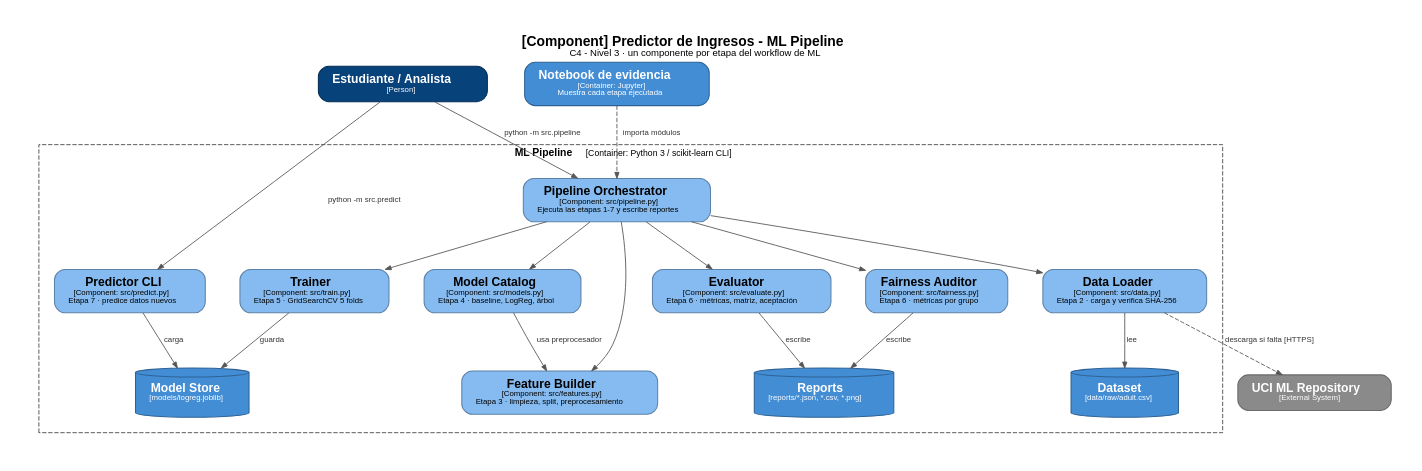
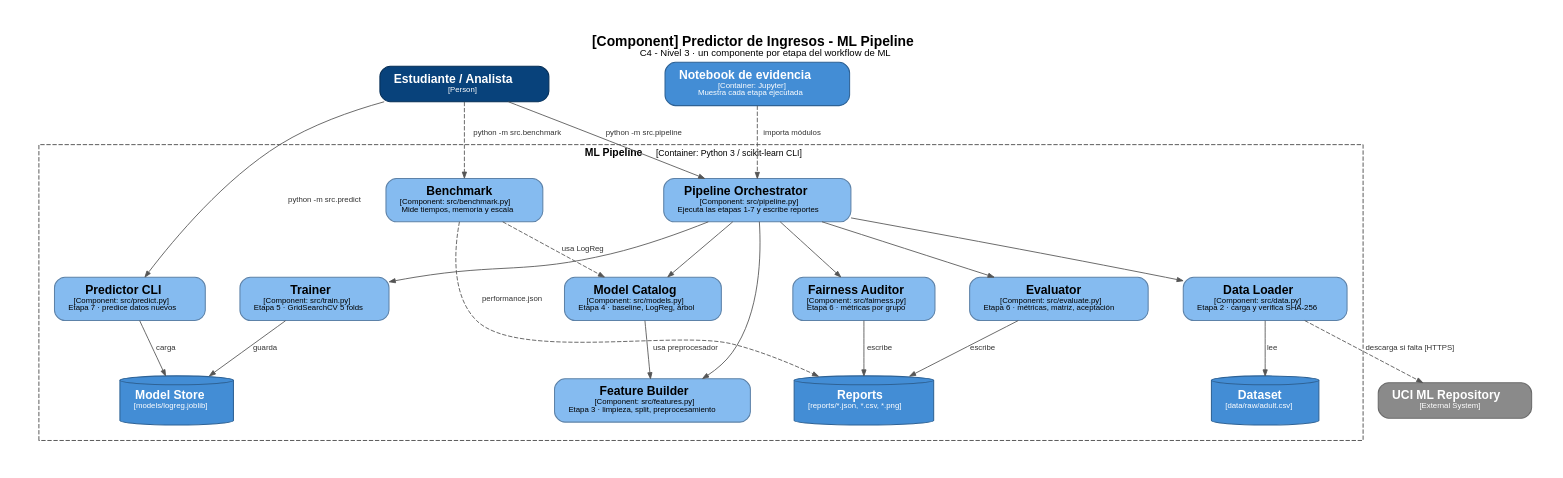
Before and after one commit to santnier92/proyectoFinal_predictorIngresos: the diagram in docs/diagramas/c4-componentes.dot, drawn with Graphviz. The commit also changed 1 other file, not shown here.

Commit message:
docs(c4): add benchmark component to the component diagram

```diff
--- a/docs/diagramas/c4-componentes.dot
+++ b/docs/diagramas/c4-componentes.dot
@@ -1,51 +1,55 @@
 // C4 model - Level 3: Component diagram of the "ML Pipeline" container.
 // Render: dot -Tpng -Gdpi=130 c4-componentes.dot -o c4-componentes.png
 digraph C4Component {
     graph [rankdir=TB, fontname="Helvetica", fontsize=16, labelloc=t, nodesep=0.55, ranksep=0.75, pad=0.4, compound=true,
            label=<<b>[Component] Predictor de Ingresos - ML Pipeline</b><br/><font point-size="11">C4 - Nivel 3 · un componente por etapa del workflow de ML</font>>];
     node  [shape=box, style="rounded,filled", fontname="Helvetica", fontcolor=white, penwidth=1.2, margin="0.22,0.12"];
     edge  [fontname="Helvetica", fontsize=9, color="#555555", fontcolor="#333333", arrowsize=0.7];
 
     analista [fillcolor="#08427b", color="#052e56", label=<<b>Estudiante / Analista</b><br/><font point-size="9">[Person]</font>>];
     notebook [fillcolor="#438dd5", color="#2e6295", label=<<b>Notebook de evidencia</b><br/><font point-size="9">[Container: Jupyter]</font><br/><font point-size="9">Muestra cada etapa ejecutada</font>>];
     uci      [fillcolor="#8a8a8a", color="#6b6b6b", label=<<b>UCI ML Repository</b><br/><font point-size="9">[External System]</font>>];
 
     subgraph cluster_pipeline {
         label=<<b>ML Pipeline</b> <font point-size="10">[Container: Python 3 / scikit-learn CLI]</font>>;
         style="dashed"; color="#444444"; fontname="Helvetica"; fontsize=12; margin=18;
         node [fillcolor="#85bbf0", color="#5d82a8", fontcolor="#000000"];
 
         orchestrator [label=<<b>Pipeline Orchestrator</b><br/><font point-size="9">[Component: src/pipeline.py]</font><br/><font point-size="9">Ejecuta las etapas 1-7 y escribe reportes</font>>];
         loader   [label=<<b>Data Loader</b><br/><font point-size="9">[Component: src/data.py]</font><br/><font point-size="9">Etapa 2 · carga y verifica SHA-256</font>>];
         features [label=<<b>Feature Builder</b><br/><font point-size="9">[Component: src/features.py]</font><br/><font point-size="9">Etapa 3 · limpieza, split, preprocesamiento</font>>];
         catalog  [label=<<b>Model Catalog</b><br/><font point-size="9">[Component: src/models.py]</font><br/><font point-size="9">Etapa 4 · baseline, LogReg, árbol</font>>];
         trainer  [label=<<b>Trainer</b><br/><font point-size="9">[Component: src/train.py]</font><br/><font point-size="9">Etapa 5 · GridSearchCV 5 folds</font>>];
         evaluator[label=<<b>Evaluator</b><br/><font point-size="9">[Component: src/evaluate.py]</font><br/><font point-size="9">Etapa 6 · métricas, matriz, aceptación</font>>];
         auditor  [label=<<b>Fairness Auditor</b><br/><font point-size="9">[Component: src/fairness.py]</font><br/><font point-size="9">Etapa 6 · métricas por grupo</font>>];
+        bench    [label=<<b>Benchmark</b><br/><font point-size="9">[Component: src/benchmark.py]</font><br/><font point-size="9">Mide tiempos, memoria y escala</font>>];
         predictor[label=<<b>Predictor CLI</b><br/><font point-size="9">[Component: src/predict.py]</font><br/><font point-size="9">Etapa 7 · predice datos nuevos</font>>];
 
         node [shape=cylinder, fillcolor="#438dd5", color="#2e6295", fontcolor="white"];
         rawstore    [label=<<b>Dataset</b><br/><font point-size="9">[data/raw/adult.csv]</font>>];
         modelstore  [label=<<b>Model Store</b><br/><font point-size="9">[models/logreg.joblib]</font>>];
         reportstore [label=<<b>Reports</b><br/><font point-size="9">[reports/*.json, *.csv, *.png]</font>>];
     }
 
     analista -> orchestrator [label=" python -m src.pipeline"];
     analista -> predictor    [label=" python -m src.predict"];
     notebook -> orchestrator [label=" importa módulos", style=dashed];
 
     orchestrator -> loader;
     orchestrator -> features;
     orchestrator -> catalog;
     orchestrator -> trainer;
     orchestrator -> evaluator;
     orchestrator -> auditor;
 
     loader -> rawstore  [label=" lee"];
     loader -> uci       [label=" descarga si falta [HTTPS]", style=dashed];
     catalog -> features [label=" usa preprocesador"];
     trainer -> modelstore [label=" guarda"];
     evaluator -> reportstore [label=" escribe"];
     auditor -> reportstore   [label=" escribe"];
     predictor -> modelstore  [label=" carga"];
+    analista -> bench        [label=" python -m src.benchmark", style=dashed];
+    bench -> catalog         [label=" usa LogReg", style=dashed];
+    bench -> reportstore     [label=" performance.json", style=dashed];
 }
```
